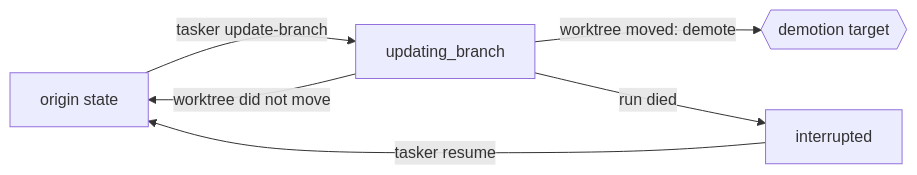
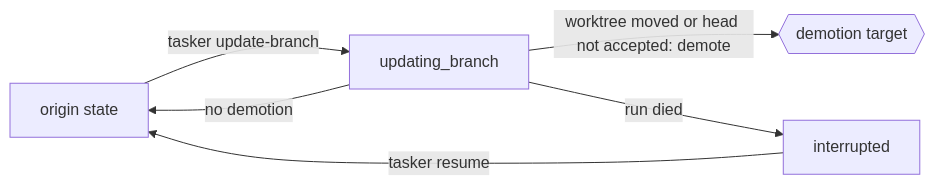
The ninth of 9 diagrams in docs/statemachine.md (codeguru42/tasker), drawn with Mermaid before and after one commit. The commit also changed 1 other file, not shown here.

Commit message:
docs: Say that the demotion also covers a head that is not the accepted revision

````diff
--- a/docs/statemachine.md
+++ b/docs/statemachine.md
@@ -312,8 +312,8 @@
 ```mermaid
 flowchart LR
   O[origin state] -->|tasker update-branch| UB[updating_branch]
-  UB -->|worktree did not move| O
-  UB -->|worktree moved: demote| D{{demotion target}}
+  UB -->|no demotion| O
+  UB -->|worktree moved or head not accepted: demote| D{{demotion target}}
   UB -->|run died| X[interrupted]
   X -->|tasker resume| O
 ```
````
